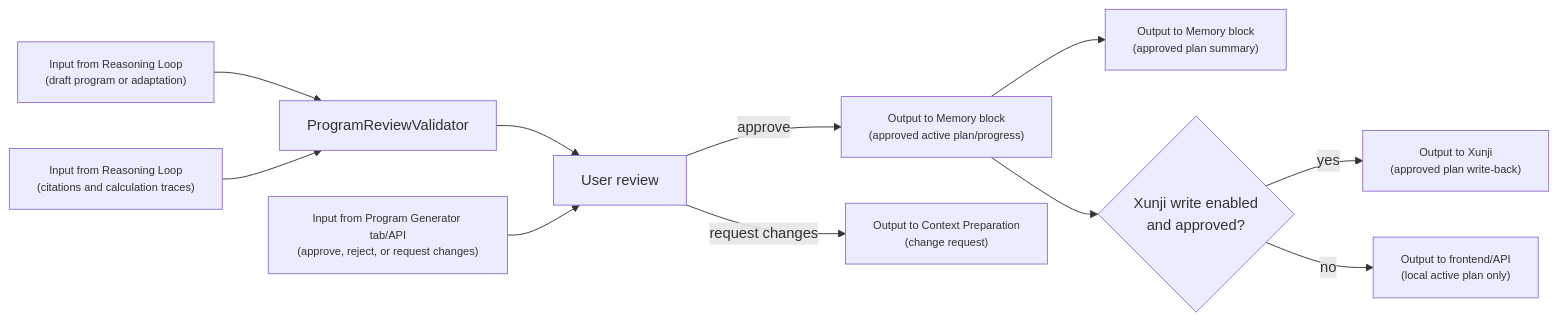
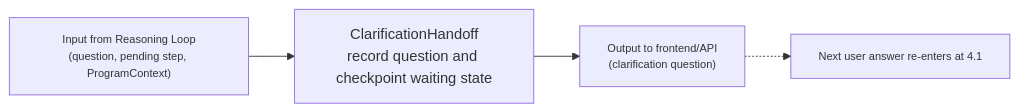
One commit to HanWang575/Agentic_Training_Plan_Generator changed the fourth of 5 diagrams in docs/functions/program_generator.md. Above: the diagram before and after it, drawn with Mermaid. The commit also changed other lines of this file and 2 other files, not shown here.

Commit message:
Refine program generator architecture outline

````diff
--- a/docs/functions/program_generator.md
+++ b/docs/functions/program_generator.md
@@ -284,14 +343,7 @@
 ```mermaid
 flowchart LR
     classDef handoff font-size:12px,font-weight:300;
-    DRAFT["Input from Reasoning Loop<br/>(draft program or adaptation)"]:::handoff --> PRV["ProgramReviewValidator"]
-    TRACES["Input from Reasoning Loop<br/>(citations and calculation traces)"]:::handoff --> PRV
-    PRV --> REVIEW["User review"]
-    USEROK["Input from Program Generator tab/API<br/>(approve, reject, or request changes)"]:::handoff --> REVIEW
-    REVIEW -->|approve| ACTIVE["Output to Memory block<br/>(approved active plan/progress)"]:::handoff
-    REVIEW -->|request changes| CHANGE["Output to Context Preparation<br/>(change request)"]:::handoff
-    ACTIVE --> MEMWRITE["Output to Memory block<br/>(approved plan summary)"]:::handoff
-    ACTIVE --> XQ{"Xunji write enabled<br/>and approved?"}
-    XQ -->|yes| XWRITE["Output to Xunji<br/>(approved plan write-back)"]:::handoff
-    XQ -->|no| LOCAL["Output to frontend/API<br/>(local active plan only)"]:::handoff
+    ASK["Input from Reasoning Loop<br/>(question, pending step, ProgramContext)"]:::handoff --> WAIT["ClarificationHandoff<br/>record question and checkpoint waiting state"]
+    WAIT --> USER["Output to frontend/API<br/>(clarification question)"]:::handoff
+    USER -.-> NEXT["Next user answer re-enters at 4.1"]:::handoff
 ```
````
